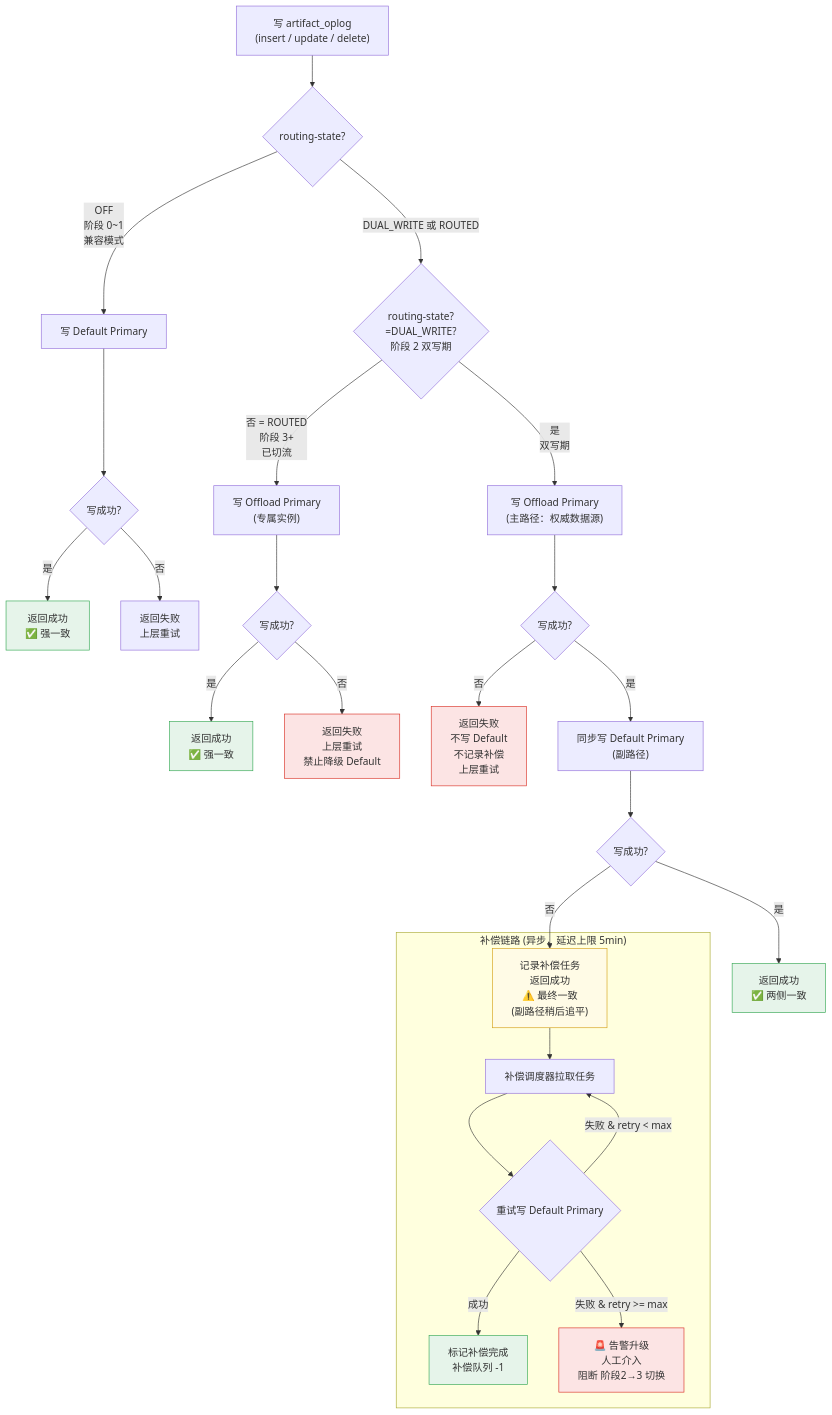
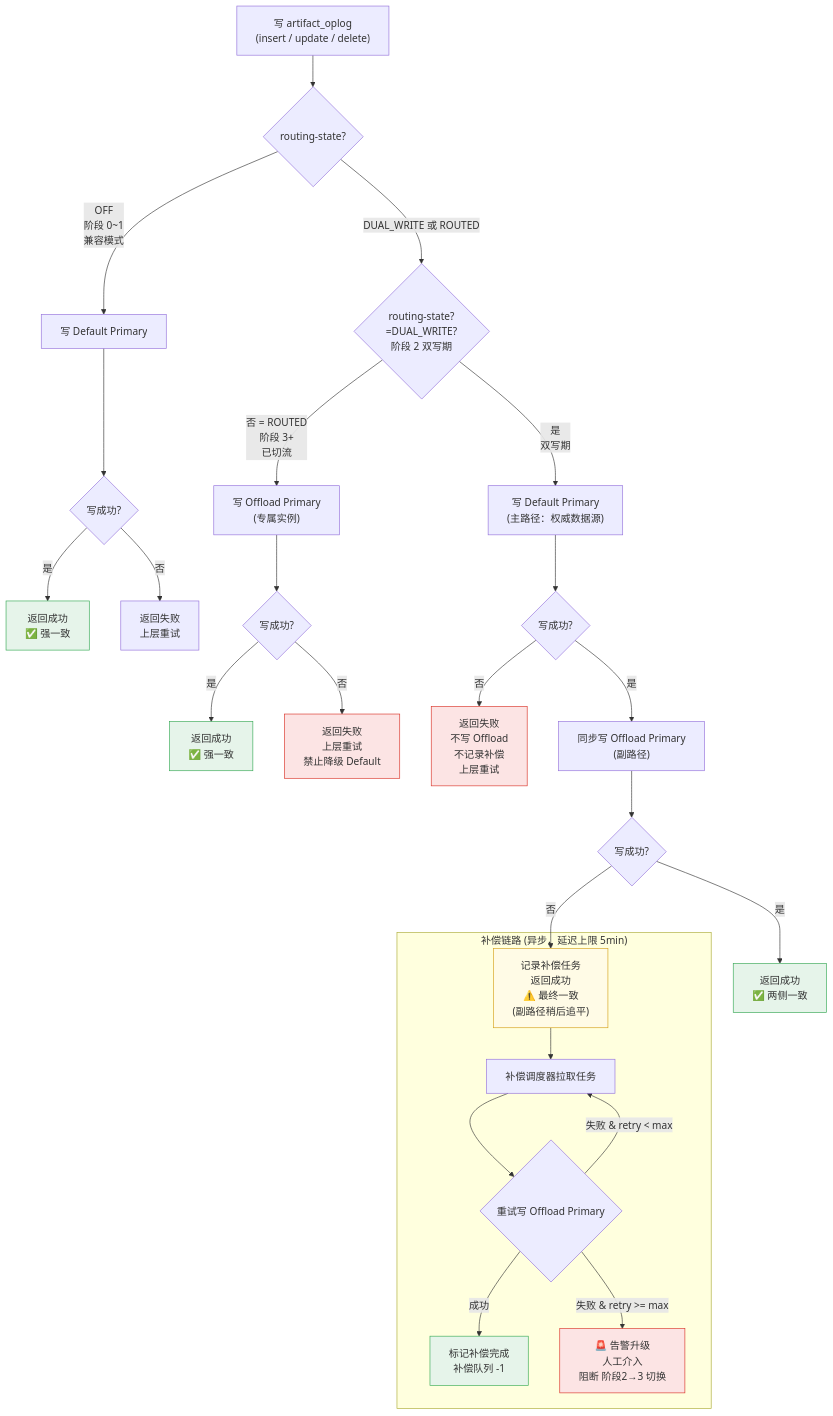
The second of 5 diagrams in docs/specification/mongodb-node-sharding-pattern1-oplog.md (TencentBlueKing/bk-repo), drawn with Mermaid before and after one commit. The commit also changed other lines of this file and 124 other files, not shown here.

````diff
--- a/docs/specification/mongodb-node-sharding-pattern1-oplog.md
+++ b/docs/specification/mongodb-node-sharding-pattern1-oplog.md
@@ -106,41 +106,41 @@
 ```mermaid
 flowchart TD
     A["写 artifact_oplog\n(insert / update / delete)"] --> B{"routing-state?"}
 
     B -- "OFF\n阶段 0~1\n兼容模式" --> E["写 Default Primary"]
     E --> E1{"写成功?"}
     E1 -- "是" --> E2["返回成功\n✅ 强一致"]
     E1 -- "否" --> E3["返回失败\n上层重试"]
 
     B -- "DUAL_WRITE 或 ROUTED" --> C{"routing-state?\n=DUAL_WRITE?\n阶段 2 双写期"}
 
     C -- "否 = ROUTED\n阶段 3+\n已切流" --> D["写 Offload Primary\n(专属实例)"]
     D --> D1{"写成功?"}
     D1 -- "是" --> D2["返回成功\n✅ 强一致"]
     D1 -- "否" --> D3["返回失败\n上层重试\n禁止降级 Default"]
 
-    C -- "是\n双写期" --> F["写 Offload Primary\n(主路径：权威数据源)"]
+    C -- "是\n双写期" --> F["写 Default Primary\n(主路径：权威数据源)"]
     F --> G{"写成功?"}
-    G -- "否" --> H["返回失败\n不写 Default\n不记录补偿\n上层重试"]
-    G -- "是" --> I["同步写 Default Primary\n(副路径)"]
+    G -- "否" --> H["返回失败\n不写 Offload\n不记录补偿\n上层重试"]
+    G -- "是" --> I["同步写 Offload Primary\n(副路径)"]
     I --> J{"写成功?"}
     J -- "是" --> L["返回成功\n✅ 两侧一致"]
     J -- "否" --> K["记录补偿任务\n返回成功\n⚠️ 最终一致\n(副路径稍后追平)"]
 
     subgraph COMPENSATION["补偿链路 (异步，延迟上限 5min)"]
         K --> K1["补偿调度器拉取任务"]
-        K1 --> K2{"重试写 Default Primary"}
+        K1 --> K2{"重试写 Offload Primary"}
         K2 -- "成功" --> K3["标记补偿完成\n补偿队列 -1"]
         K2 -- "失败 & retry < max" --> K1
         K2 -- "失败 & retry >= max" --> K4["🚨 告警升级\n人工介入\n阻断 阶段2→3 切换"]
     end
 
     style E2 fill:#e6f4ea,stroke:#34a853
     style D2 fill:#e6f4ea,stroke:#34a853
     style L fill:#e6f4ea,stroke:#34a853
     style H fill:#fce4e4,stroke:#d93025
     style D3 fill:#fce4e4,stroke:#d93025
     style K4 fill:#fce4e4,stroke:#d93025
     style K fill:#fffbe6,stroke:#d4a017
     style K3 fill:#e6f4ea,stroke:#34a853
 ```
````
